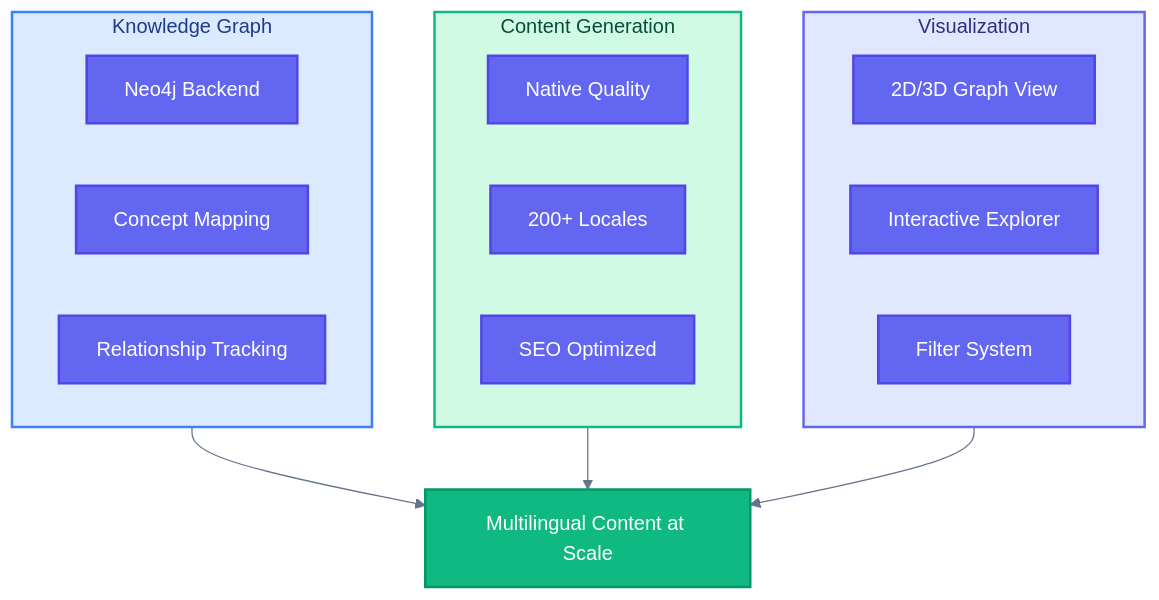
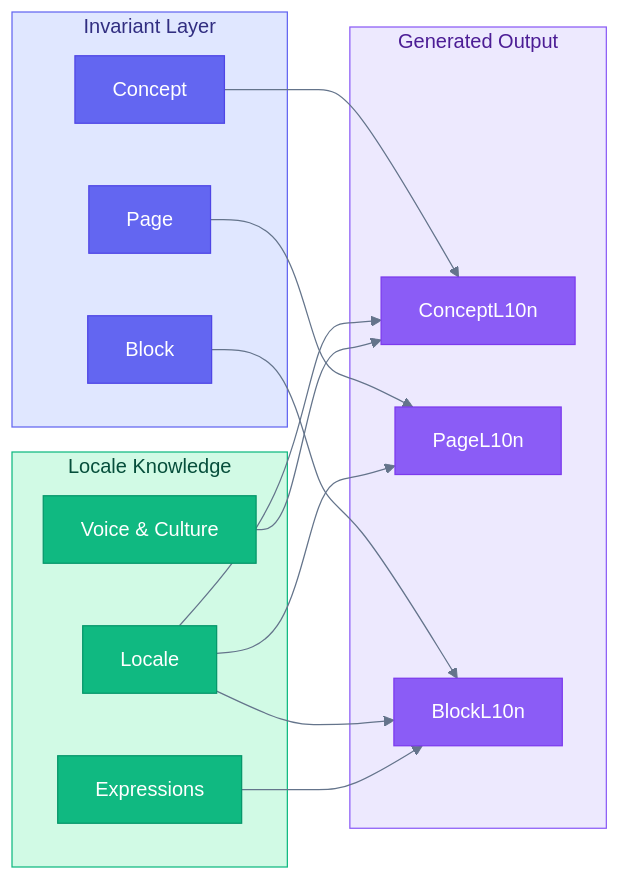
The first of 2 diagrams in README.md (supernovae-st/novanet), drawn with Mermaid before and after one commit. The commit also changed other lines of this file and 2 other files, not shown here.

````diff
--- a/README.md
+++ b/README.md
@@ -55,35 +47,42 @@
 ```mermaid
 %%{init: {'theme': 'base', 'themeVariables': {'lineColor': '#64748b'}}}%%
-flowchart TB
-    accTitle: NovaNET Features
-    accDescr: Core capabilities of the NovaNET platform
-
-    classDef feature fill:#6366f1,stroke:#4f46e5,stroke-width:2px,color:#ffffff
-    classDef benefit fill:#10b981,stroke:#059669,stroke-width:2px,color:#ffffff
-
-    subgraph GRAPH[" Knowledge Graph "]
-        G1[Neo4j Backend]:::feature
-        G2[Concept Mapping]:::feature
-        G3[Relationship Tracking]:::feature
+flowchart LR
+    subgraph INVARIANT[" Invariant Layer "]
+        C[Concept]
+        P[Page]
+        B[Block]
     end
 
-    subgraph GEN[" Content Generation "]
-        C1[Native Quality]:::feature
-        C2[200+ Locales]:::feature
-        C3[SEO Optimized]:::feature
+    subgraph KNOWLEDGE[" Locale Knowledge "]
+        L[Locale]
+        V[Voice & Culture]
+        E[Expressions]
     end
 
-    subgraph VIS[" Visualization "]
-        V1[2D/3D Graph View]:::feature
-        V2[Interactive Explorer]:::feature
-        V3[Filter System]:::feature
+    subgraph OUTPUT[" Generated Output "]
+        CL[ConceptL10n]
+        PL[PageL10n]
+        BL[BlockL10n]
     end
 
-    GRAPH --> OUTPUT[Multilingual Content at Scale]:::benefit
-    GEN --> OUTPUT
-    VIS --> OUTPUT
+    C --> CL
+    P --> PL
+    B --> BL
+    L --> CL
+    L --> PL
+    L --> BL
+    V --> CL
+    E --> BL
 
-    style GRAPH fill:#dbeafe,stroke:#3b82f6,stroke-width:2px,color:#1e3a8a
-    style GEN fill:#d1fae5,stroke:#10b981,stroke-width:2px,color:#064e3b
-    style VIS fill:#e0e7ff,stroke:#6366f1,stroke-width:2px,color:#312e81
+    classDef invariant fill:#6366f1,stroke:#4f46e5,color:#fff
+    classDef knowledge fill:#10b981,stroke:#059669,color:#fff
+    classDef output fill:#8b5cf6,stroke:#7c3aed,color:#fff
+
+    class C,P,B invariant
+    class L,V,E knowledge
+    class CL,PL,BL output
+
+    style INVARIANT fill:#e0e7ff,stroke:#6366f1,color:#312e81
+    style KNOWLEDGE fill:#d1fae5,stroke:#10b981,color:#064e3b
+    style OUTPUT fill:#ede9fe,stroke:#8b5cf6,color:#4c1d95
 ```
````
